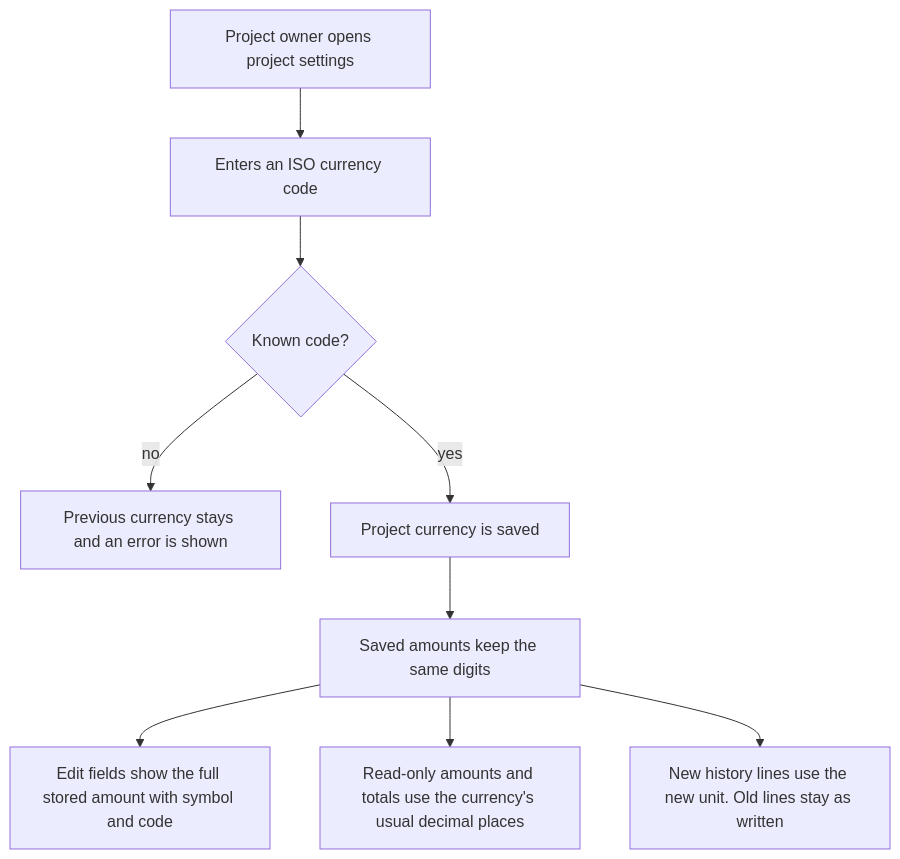
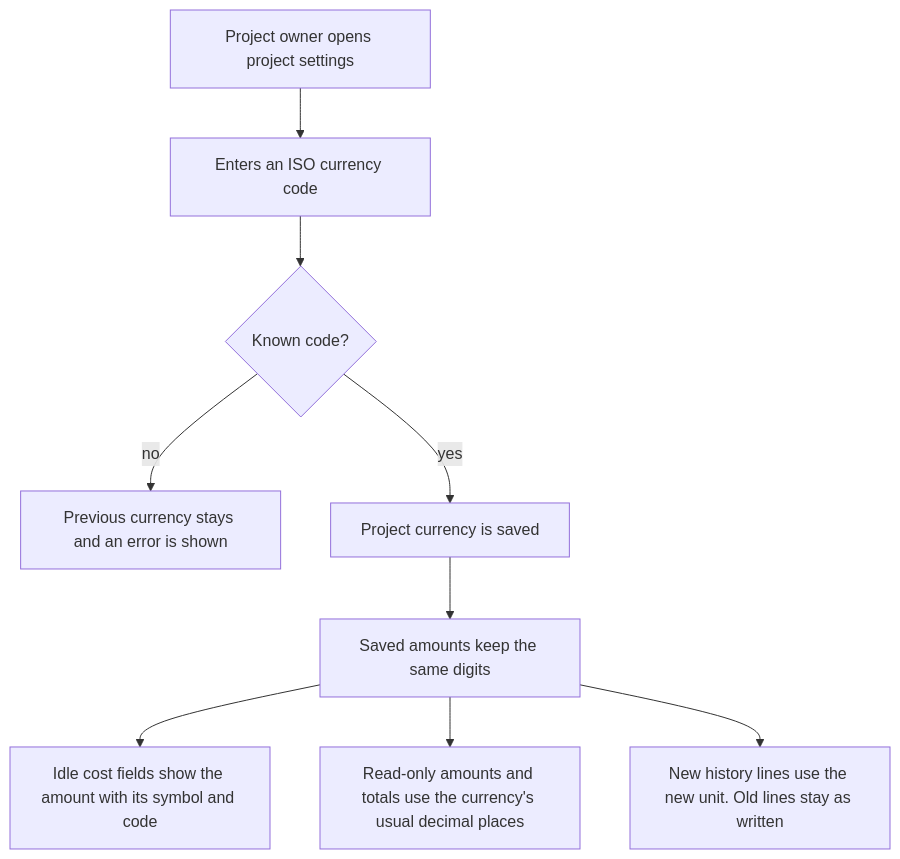
One commit to Mathotics/Keel changed the diagram in docs/adr/project-currency.md. Above: the diagram before and after it, drawn with Mermaid. The commit also changed other lines of this file and 12 other files, not shown here.

Commit message:
KEEL-118 Show the currency symbol and code only while a cost field is idle, so editing is just the number.

````diff
--- a/docs/adr/project-currency.md
+++ b/docs/adr/project-currency.md
@@ -76,12 +76,12 @@
 ```mermaid
 flowchart TD
   owner[Project owner opens project settings]
   owner --> enterCode[Enters an ISO currency code]
   enterCode --> known{Known code?}
   known -->|no| unchanged[Previous currency stays and an error is shown]
   known -->|yes| saved[Project currency is saved]
   saved --> sameDigits[Saved amounts keep the same digits]
-  sameDigits --> editBox[Edit fields show the full stored amount with symbol and code]
+  sameDigits --> editBox[Idle cost fields show the amount with its symbol and code]
   sameDigits --> totals[Read-only amounts and totals use the currency's usual decimal places]
   sameDigits --> history[New history lines use the new unit. Old lines stay as written]
 ```
````
